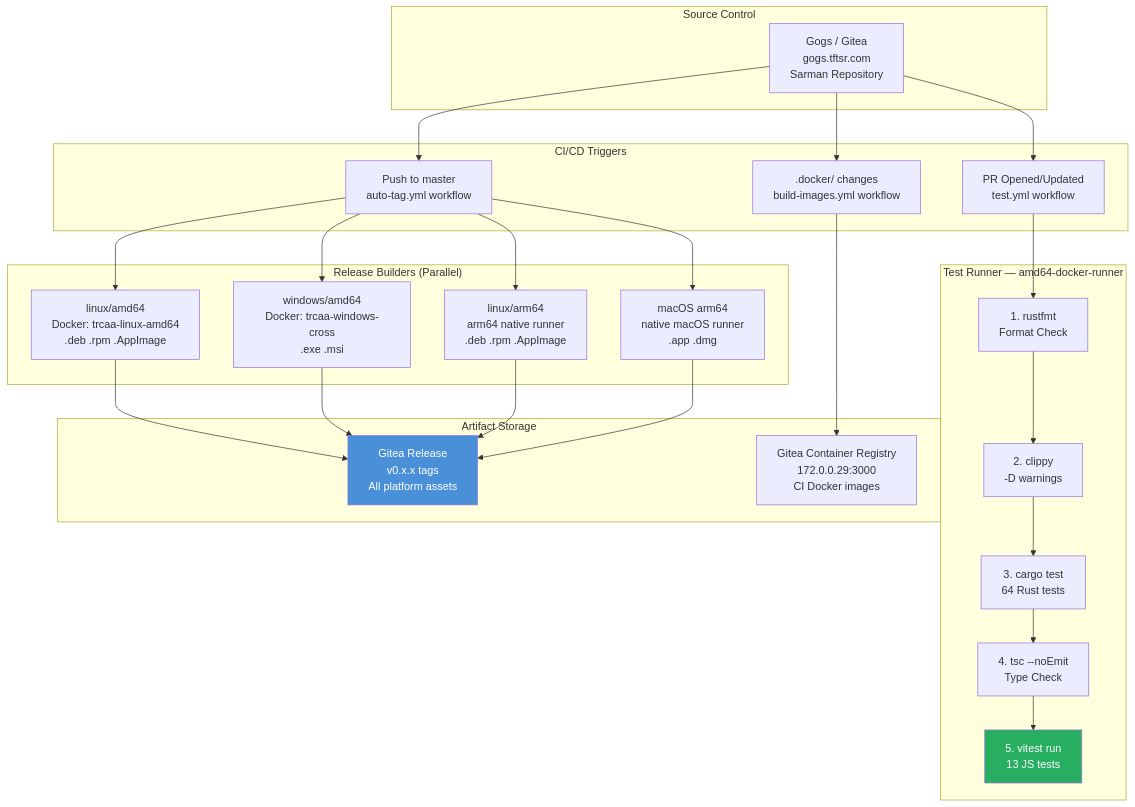
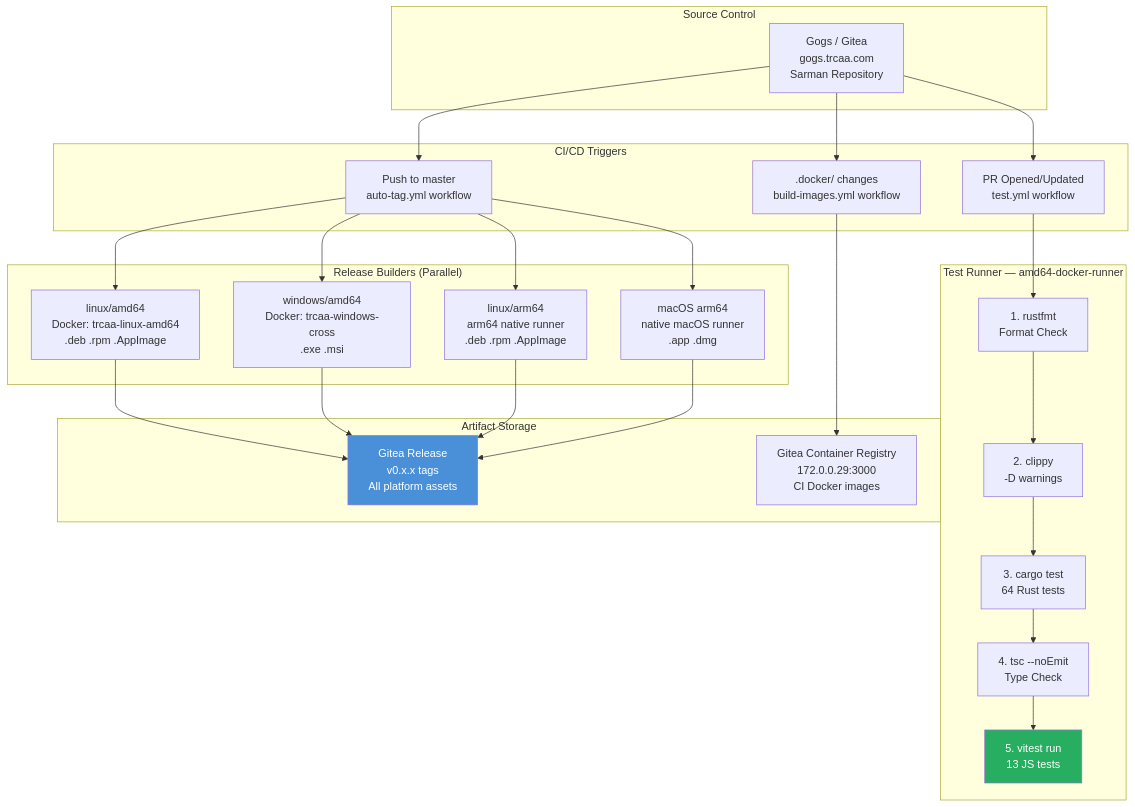
One commit to armconsol/tftsr-devops_investigation changed diagram 12 of 15 in docs/architecture/README.md. Above: the diagram before and after it, drawn with Mermaid. The commit also changed other lines of this file and 50 other files, not shown here.

First line of the commit message:
feat: rebrand TFTSR to TRCAA with backwards compatibility (v1.0.1) (#32)

````diff
--- a/docs/architecture/README.md
+++ b/docs/architecture/README.md
@@ -685,57 +685,57 @@
 ```mermaid
 graph TB
     subgraph "Source Control"
-        GOGS[Gogs / Gitea\ngogs.tftsr.com\nSarman Repository]
+        GOGS[Gogs / Gitea\ngogs.trcaa.com\nSarman Repository]
     end
 
     subgraph "CI/CD Triggers"
         PR_TRIGGER[PR Opened/Updated\ntest.yml workflow]
         MASTER_TRIGGER[Push to master\nauto-tag.yml workflow]
         DOCKER_TRIGGER[.docker/ changes\nbuild-images.yml workflow]
     end
 
     subgraph "Test Runner — amd64-docker-runner"
         RUSTFMT[1. rustfmt\nFormat Check]
         CLIPPY[2. clippy\n-D warnings]
         CARGO_TEST[3. cargo test\n64 Rust tests]
         TSC[4. tsc --noEmit\nType Check]
         VITEST[5. vitest run\n13 JS tests]
     end
 
     subgraph "Release Builders (Parallel)"
         AMD64[linux/amd64\nDocker: trcaa-linux-amd64\n.deb .rpm .AppImage]
         WINDOWS[windows/amd64\nDocker: trcaa-windows-cross\n.exe .msi]
         ARM64[linux/arm64\narm64 native runner\n.deb .rpm .AppImage]
         MACOS[macOS arm64\nnative macOS runner\n.app .dmg]
     end
 
     subgraph "Artifact Storage"
         RELEASE[Gitea Release\nv0.x.x tags\nAll platform assets]
         REGISTRY[Gitea Container Registry\n172.0.0.29:3000\nCI Docker images]
     end
 
     GOGS --> PR_TRIGGER
     GOGS --> MASTER_TRIGGER
     GOGS --> DOCKER_TRIGGER
 
     PR_TRIGGER --> RUSTFMT
     RUSTFMT --> CLIPPY
     CLIPPY --> CARGO_TEST
     CARGO_TEST --> TSC
     TSC --> VITEST
 
     MASTER_TRIGGER --> AMD64
     MASTER_TRIGGER --> WINDOWS
     MASTER_TRIGGER --> ARM64
     MASTER_TRIGGER --> MACOS
 
     AMD64 --> RELEASE
     WINDOWS --> RELEASE
     ARM64 --> RELEASE
     MACOS --> RELEASE
 
     DOCKER_TRIGGER --> REGISTRY
 
     style VITEST fill:#27ae60,color:#fff
     style RELEASE fill:#4a90d9,color:#fff
 ```
````
